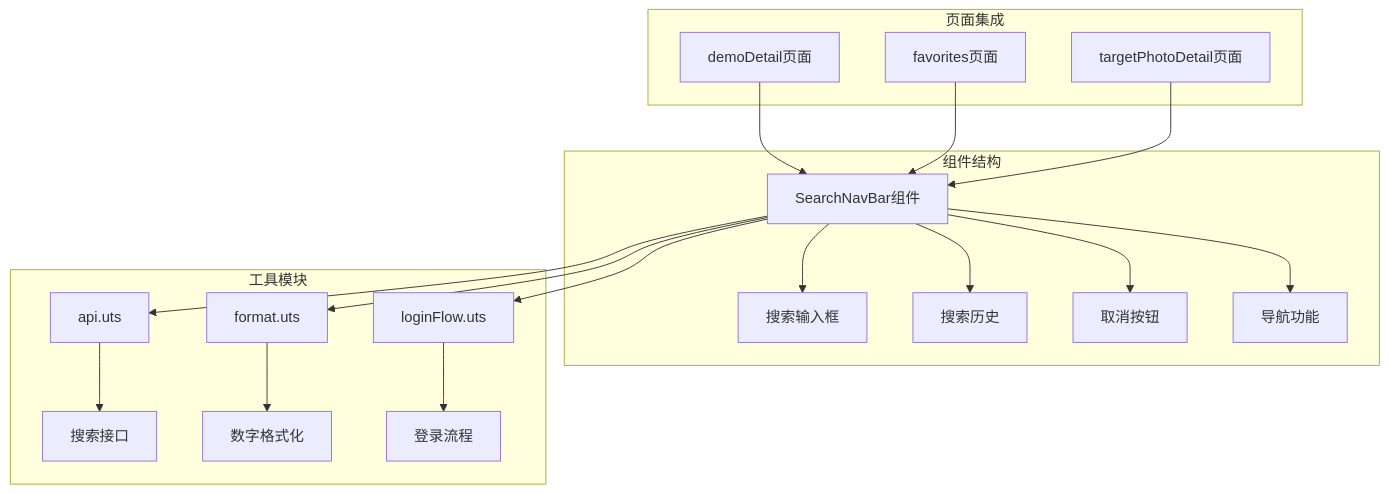
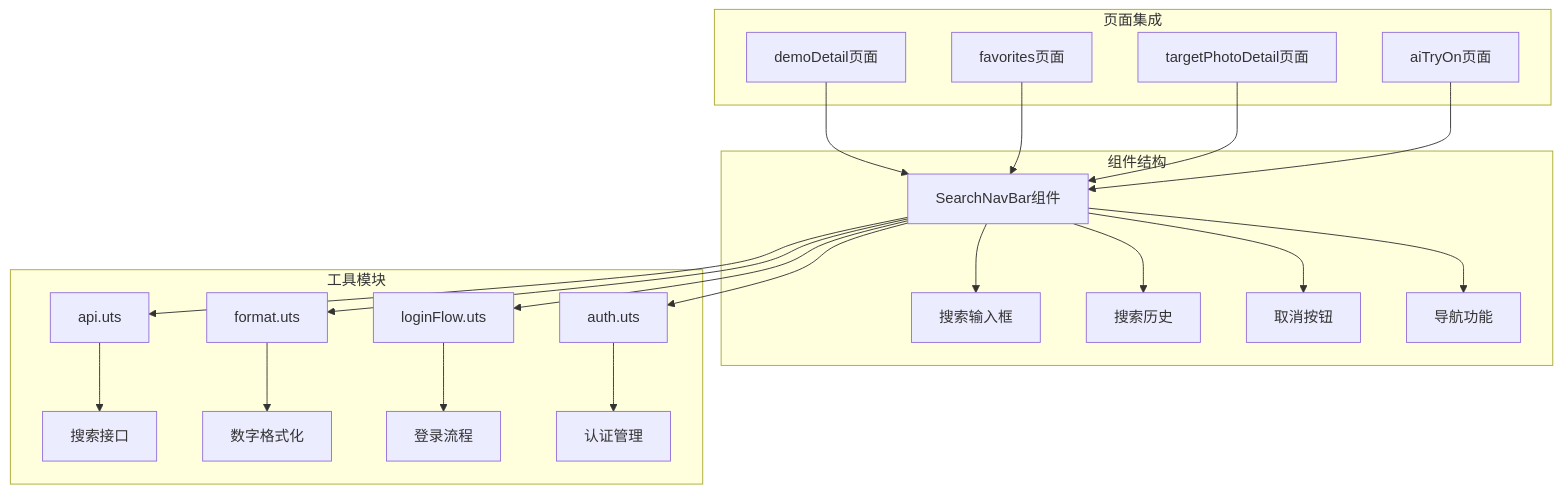
Before and after one commit to crazyma99/blueberry: the first of 5 diagrams in .qoder/repowiki/zh/content/UI组件系统/SearchNavBar组件.md, drawn with Mermaid. The commit also changed other lines of this file and 8 other files, not shown here.

````diff
--- a/.qoder/repowiki/zh/content/UI组件系统/SearchNavBar组件.md
+++ b/.qoder/repowiki/zh/content/UI组件系统/SearchNavBar组件.md
@@ -46,22 +50,25 @@
 ```mermaid
 graph TB
 subgraph "组件结构"
 A[SearchNavBar组件] --> B[搜索输入框]
 A --> C[搜索历史]
 A --> D[取消按钮]
 A --> E[导航功能]
 end
 subgraph "页面集成"
 F[demoDetail页面] --> A
 G[favorites页面] --> A
 H[targetPhotoDetail页面] --> A
+I[aiTryOn页面] --> A
 end
 subgraph "工具模块"
-I[api.uts] --> J[搜索接口]
-K[format.uts] --> L[数字格式化]
-M[loginFlow.uts] --> N[登录流程]
+J[api.uts] --> K[搜索接口]
+L[format.uts] --> M[数字格式化]
+N[loginFlow.uts] --> O[登录流程]
+P[auth.uts] --> Q[认证管理]
 end
-A --> I
-A --> K
-A --> M
+A --> J
+A --> L
+A --> N
+A --> P
 ```
````
